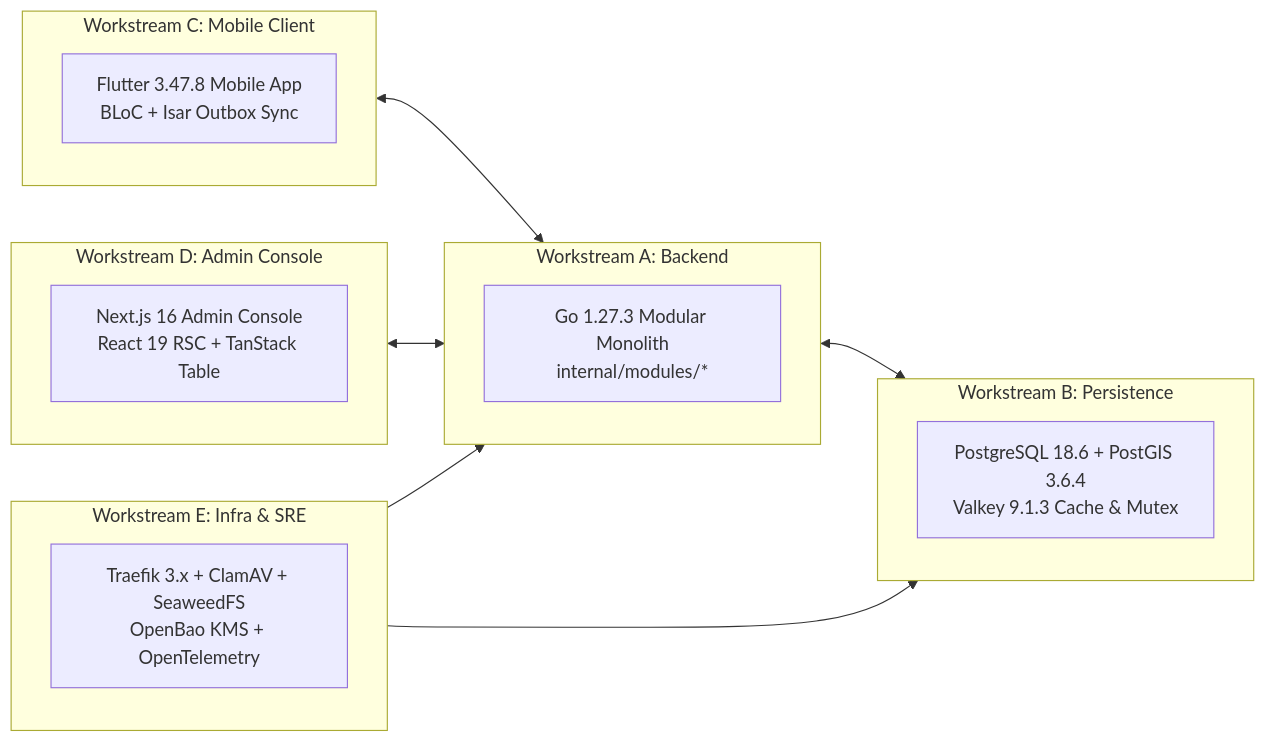
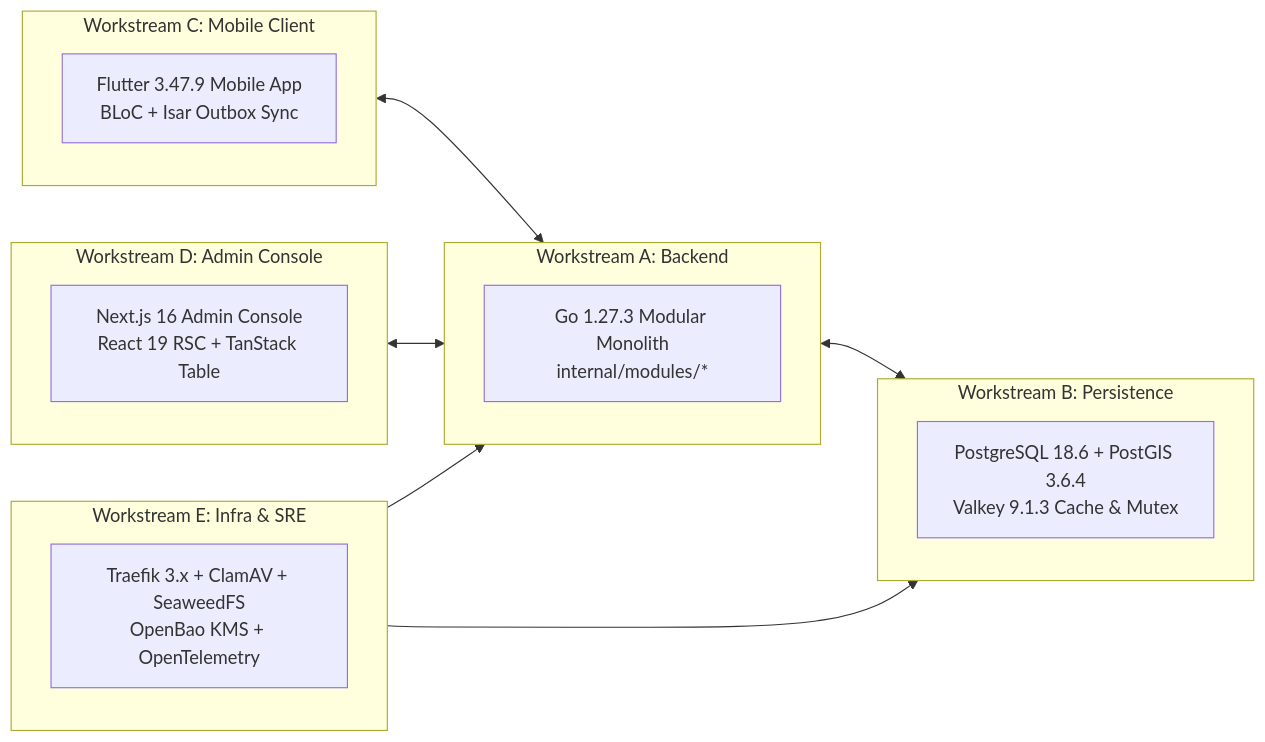
Before and after one commit to YDink/Heavy-Machinery-Logistics-Rental: the third of 5 diagrams in docs/shared/architecture/13-implementation-roadmap.md, drawn with Mermaid. The commit also changed other lines of this file and 183 other files, not shown here.

````diff
--- a/docs/shared/architecture/13-implementation-roadmap.md
+++ b/docs/shared/architecture/13-implementation-roadmap.md
@@ -163,24 +163,24 @@
 ```mermaid
 flowchart LR
     subgraph StreamA [Workstream A: Backend]
         GoMonolith["Go 1.27.3 Modular Monolith<br/>internal/modules/*"]
     end
     subgraph StreamB [Workstream B: Persistence]
         DB["PostgreSQL 18.6 + PostGIS 3.6.4<br/>Valkey 9.1.3 Cache & Mutex"]
     end
     subgraph StreamC [Workstream C: Mobile Client]
-        Flutter["Flutter 3.47.8 Mobile App<br/>BLoC + Isar Outbox Sync"]
+        Flutter["Flutter 3.47.9 Mobile App<br/>BLoC + Isar Outbox Sync"]
     end
     subgraph StreamD [Workstream D: Admin Console]
         NextJS["Next.js 16 Admin Console<br/>React 19 RSC + TanStack Table"]
     end
     subgraph StreamE [Workstream E: Infra & SRE]
         Infra["Traefik 3.x + ClamAV + SeaweedFS<br/>OpenBao KMS + OpenTelemetry"]
     end
 
     StreamA <--> StreamB
     StreamC <--> StreamA
     StreamD <--> StreamA
     StreamE --> StreamA
     StreamE --> StreamB
 ```
````
